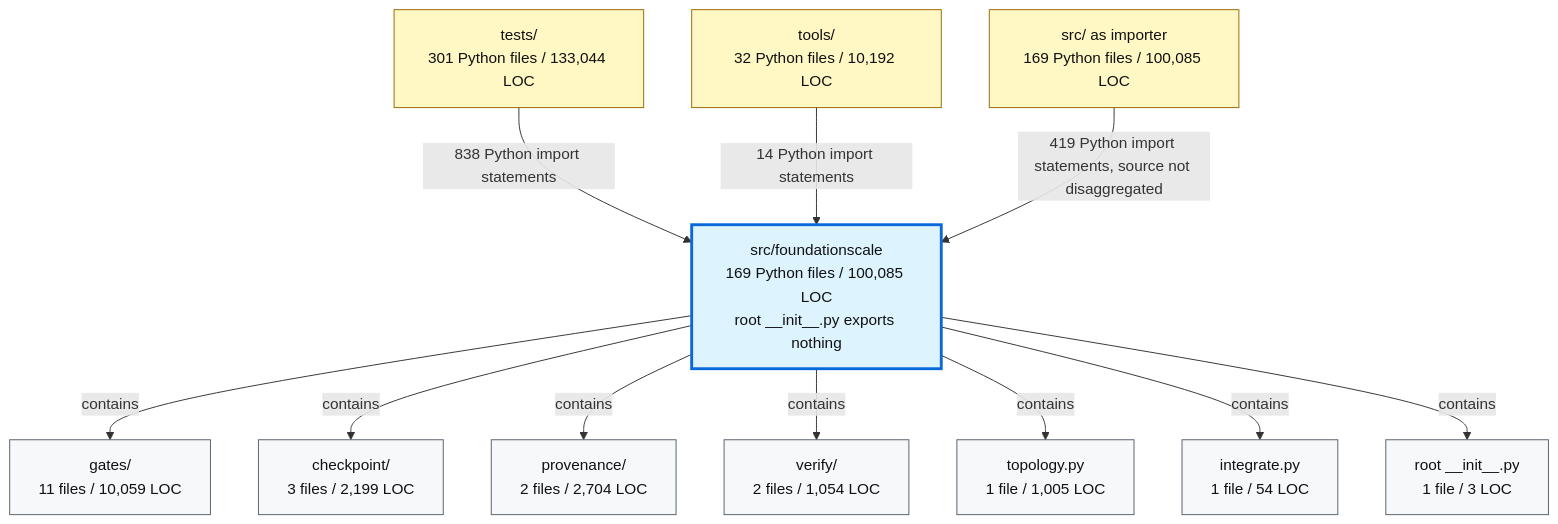
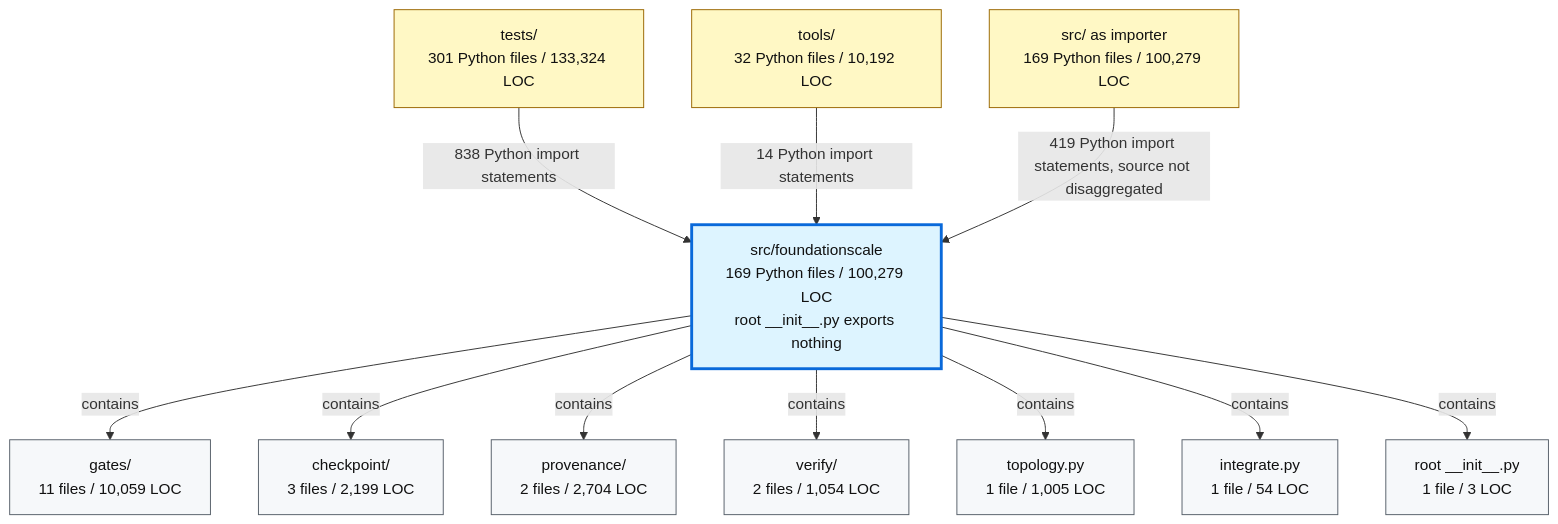
One commit to TranNhiem/FoundationScale changed the second of 2 diagrams in docs/review/D2_current_architecture.md. Above: the diagram before and after it, drawn with Mermaid. The commit also changed other lines of this file and 10 other files, not shown here.

````diff
--- a/docs/review/D2_current_architecture.md
+++ b/docs/review/D2_current_architecture.md
@@ -97,36 +97,36 @@
 ```mermaid
 flowchart TB
-  TESTS["tests/<br/>301 Python files / 133,044 LOC"]
+  TESTS["tests/<br/>301 Python files / 133,324 LOC"]
   TOOLS["tools/<br/>32 Python files / 10,192 LOC"]
-  SRC["src/ as importer<br/>169 Python files / 100,085 LOC"]
+  SRC["src/ as importer<br/>169 Python files / 100,279 LOC"]
 
-  FS["src/foundationscale<br/>169 Python files / 100,085 LOC<br/>root __init__.py exports nothing"]
+  FS["src/foundationscale<br/>169 Python files / 100,279 LOC<br/>root __init__.py exports nothing"]
 
   GATES["gates/<br/>11 files / 10,059 LOC"]
   CKPT["checkpoint/<br/>3 files / 2,199 LOC"]
   PROV["provenance/<br/>2 files / 2,704 LOC"]
   VERIFY["verify/<br/>2 files / 1,054 LOC"]
   TOPO["topology.py<br/>1 file / 1,005 LOC"]
   INTEG["integrate.py<br/>1 file / 54 LOC"]
   ROOT["root __init__.py<br/>1 file / 3 LOC"]
 
   TESTS -->|"838 Python import statements"| FS
   TOOLS -->|"14 Python import statements"| FS
   SRC -->|"419 Python import statements, source not disaggregated"| FS
 
   FS -->|"contains"| GATES
   FS -->|"contains"| CKPT
   FS -->|"contains"| PROV
   FS -->|"contains"| VERIFY
   FS -->|"contains"| TOPO
   FS -->|"contains"| INTEG
   FS -->|"contains"| ROOT
 
   classDef consumer fill:#fff8c5,stroke:#9a6700,color:#111;
   classDef package fill:#ddf4ff,stroke:#0969da,stroke-width:3px,color:#111;
   classDef module fill:#f6f8fa,stroke:#57606a,color:#111;
 
   class TESTS,TOOLS,SRC consumer;
   class FS package;
   class GATES,CKPT,PROV,VERIFY,TOPO,INTEG,ROOT module;
 ```
````
